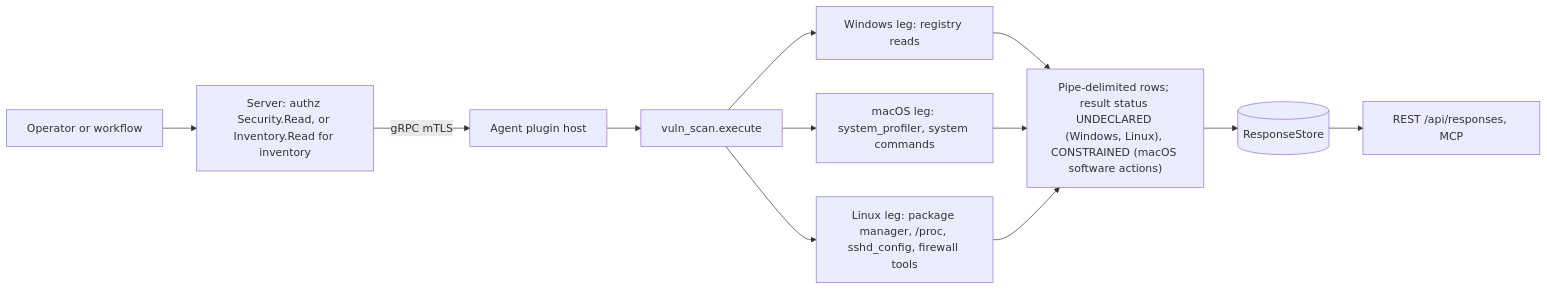
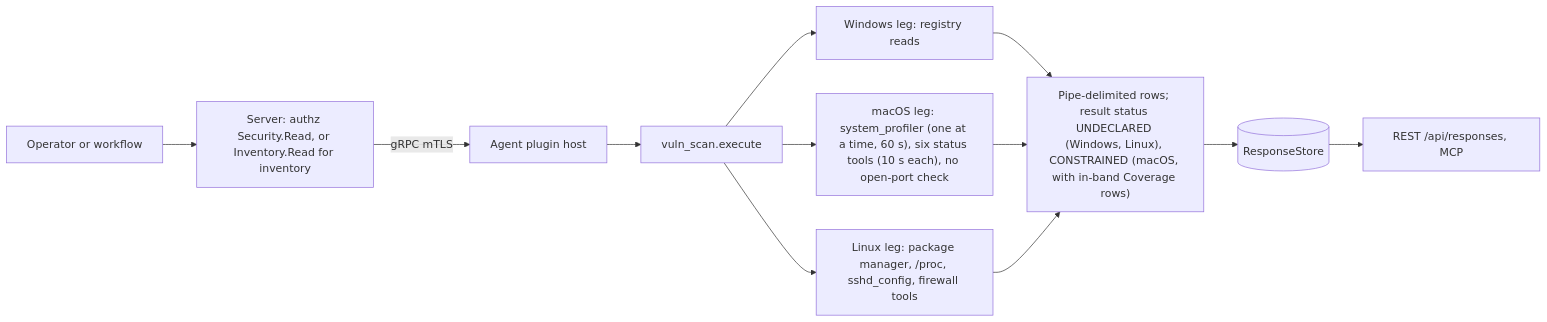
One commit to DevNullLtd/Yuzu changed the first of 3 diagrams in agents/plugins/vuln_scan/README.md. Above: the diagram before and after it, drawn with Mermaid. The commit also changed other lines of this file and 11 other files, not shown here.

````diff
--- a/agents/plugins/vuln_scan/README.md
+++ b/agents/plugins/vuln_scan/README.md
@@ -21,12 +21,12 @@
 ```mermaid
 flowchart LR
   OP["Operator or workflow"] --> SRV["Server: authz Security.Read, or Inventory.Read for inventory"]
   SRV -- "gRPC mTLS" --> HOST["Agent plugin host"] --> EX["vuln_scan.execute"]
   EX --> WIN["Windows leg: registry reads"]
-  EX --> MAC["macOS leg: system_profiler, system commands"]
+  EX --> MAC["macOS leg: system_profiler (one at a time, 60 s), six status tools (10 s each), no open-port check"]
   EX --> LIN["Linux leg: package manager, /proc, sshd_config, firewall tools"]
-  WIN --> ROWS["Pipe-delimited rows; result status UNDECLARED (Windows, Linux), CONSTRAINED (macOS software actions)"]
+  WIN --> ROWS["Pipe-delimited rows; result status UNDECLARED (Windows, Linux), CONSTRAINED (macOS, with in-band Coverage rows)"]
   MAC --> ROWS
   LIN --> ROWS
   ROWS --> RS[("ResponseStore")] --> API["REST /api/responses, MCP"]
 ```
````
